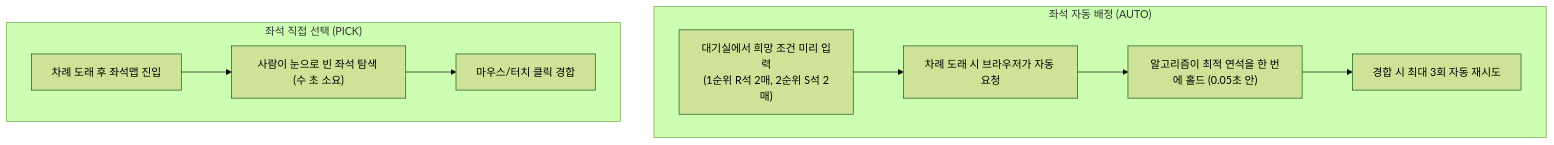
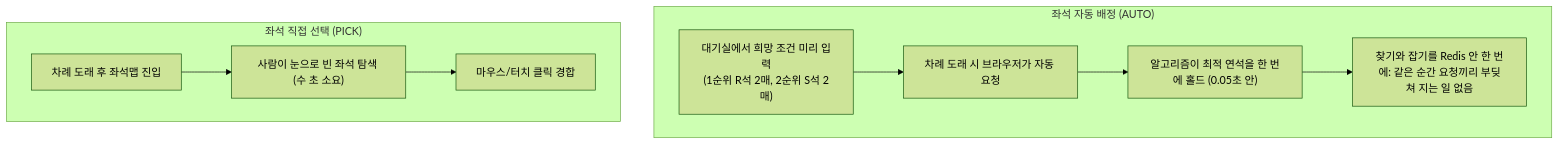
The third of 3 diagrams in guide/04-seat-hold.md (peaket/peaket), drawn with Mermaid (forest theme) before and after one commit. The commit also changed other lines of this file and 228 other files, not shown here.

````diff
--- a/guide/04-seat-hold.md
+++ b/guide/04-seat-hold.md
@@ -117,13 +117,13 @@
 ```mermaid
 flowchart TD
     subgraph AUTO ["좌석 자동 배정 (AUTO)"]
         A1["대기실에서 희망 조건 미리 입력<br>(1순위 R석 2매, 2순위 S석 2매)"] --> A2["차례 도래 시 브라우저가 자동 요청"]
         A2 --> A3["알고리즘이 최적 연석을 한 번에 홀드 (0.05초 안)"]
-        A3 --> A4["경합 시 최대 3회 자동 재시도"]
+        A3 --> A4["찾기와 잡기를 Redis 안 한 번에: 같은 순간 요청끼리 부딪쳐 지는 일 없음"]
     end
 
     subgraph PICK ["좌석 직접 선택 (PICK)"]
         P1["차례 도래 후 좌석맵 진입"] --> P2["사람이 눈으로 빈 좌석 탐색 (수 초 소요)"]
         P2 --> P3["마우스/터치 클릭 경합"]
     end
 ```
````
